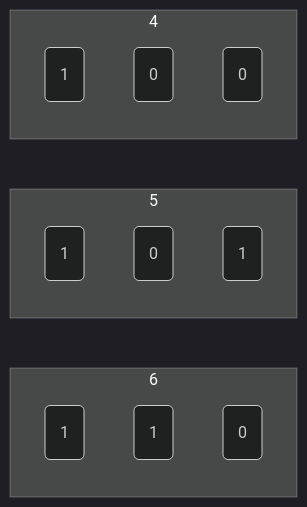
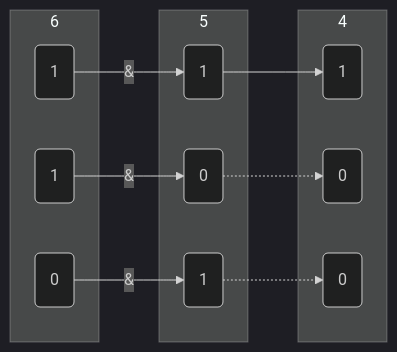
One commit to dmjcb/dmjcb.github.io changed the third of 5 diagrams in _posts/Language/C&C++/Memory/2021-11-14-位运算.md. Above: the diagram before and after it, drawn with Mermaid (dark theme). The commit also changed other lines of this file and 122 other files, not shown here.

Commit message:
修复图形显示BUG

````diff
--- a/_posts/Language/C&C++/Memory/2021-11-14-位运算.md
+++ b/_posts/Language/C&C++/Memory/2021-11-14-位运算.md
@@ -110,21 +110,24 @@
 ```mermaid
 graph LR;
     subgraph 4
         c0(1)
         c1(0)
         c2(0)
     end
 
     subgraph 5
         a0(1)
         a1(0)
         a2(1)
     end
 
     subgraph 6
         b0(1)
         b1(1)
         b2(0)
     end
 
+    b0--&-->a0-->c0
+    b1--&-->a1-.->c1
+    b2--&-->a2-.->c2
 ```
````
